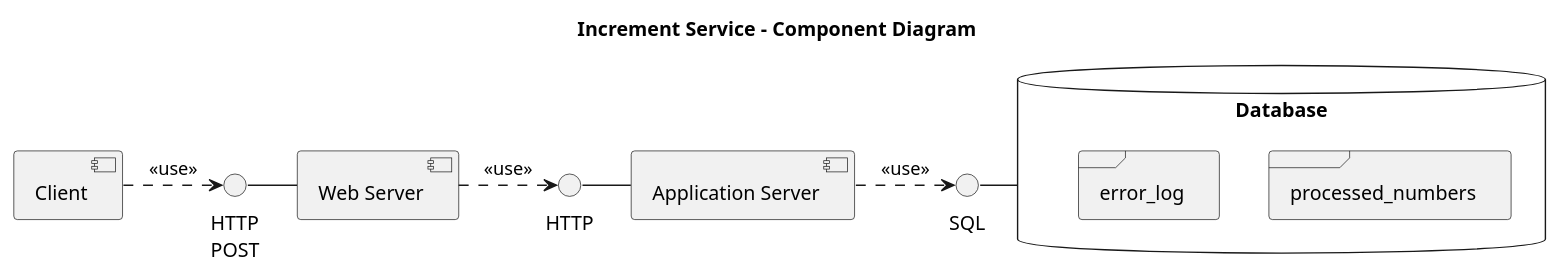
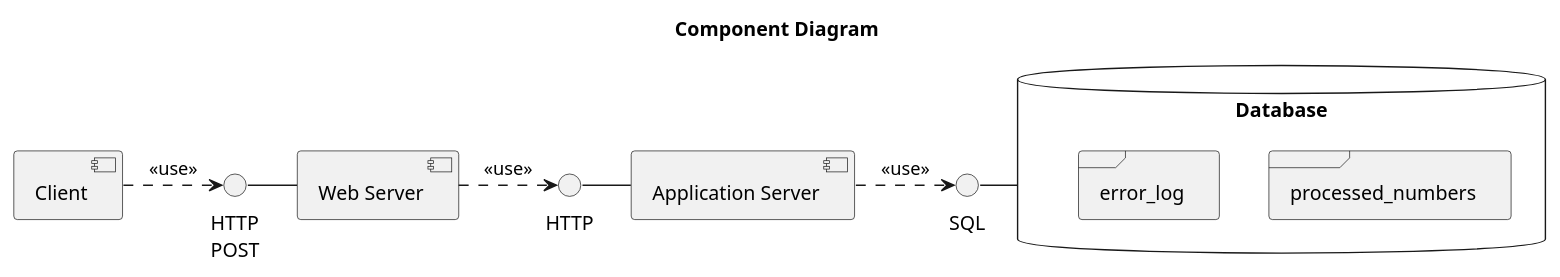
The diagram in component.puml (JustKeonix/hse-distributed-systems), drawn with PlantUML before and after one commit. The commit also changed 1 other file, not shown here.

```diff
--- a/component.puml
+++ b/component.puml
@@ -1,23 +1,23 @@
 @startuml component
-title Increment Service - Component Diagram
+title Component Diagram
 skinparam componentStyle uml2
 
 component "Client" as Client
 component "Web Server" as Web
 component "Application Server" as App
 database "Database" as DB {
   frame "processed_numbers" as T1
   frame "error_log" as T2
 }
 
 () "HTTP\nPOST" as IWeb
 () "HTTP" as IApp
 () "SQL" as IDb
 
 Client .> IWeb : <<use>>
 IWeb - Web
 Web .> IApp : <<use>>
 IApp - App
 App .> IDb : <<use>>
 IDb - DB
 @enduml
```
